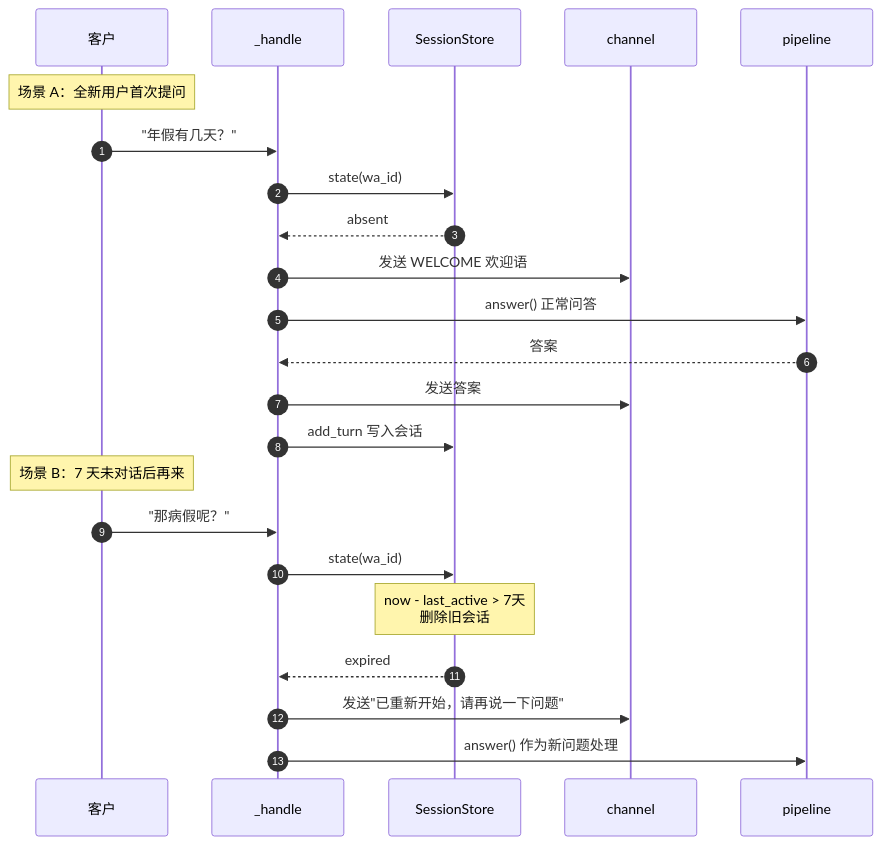
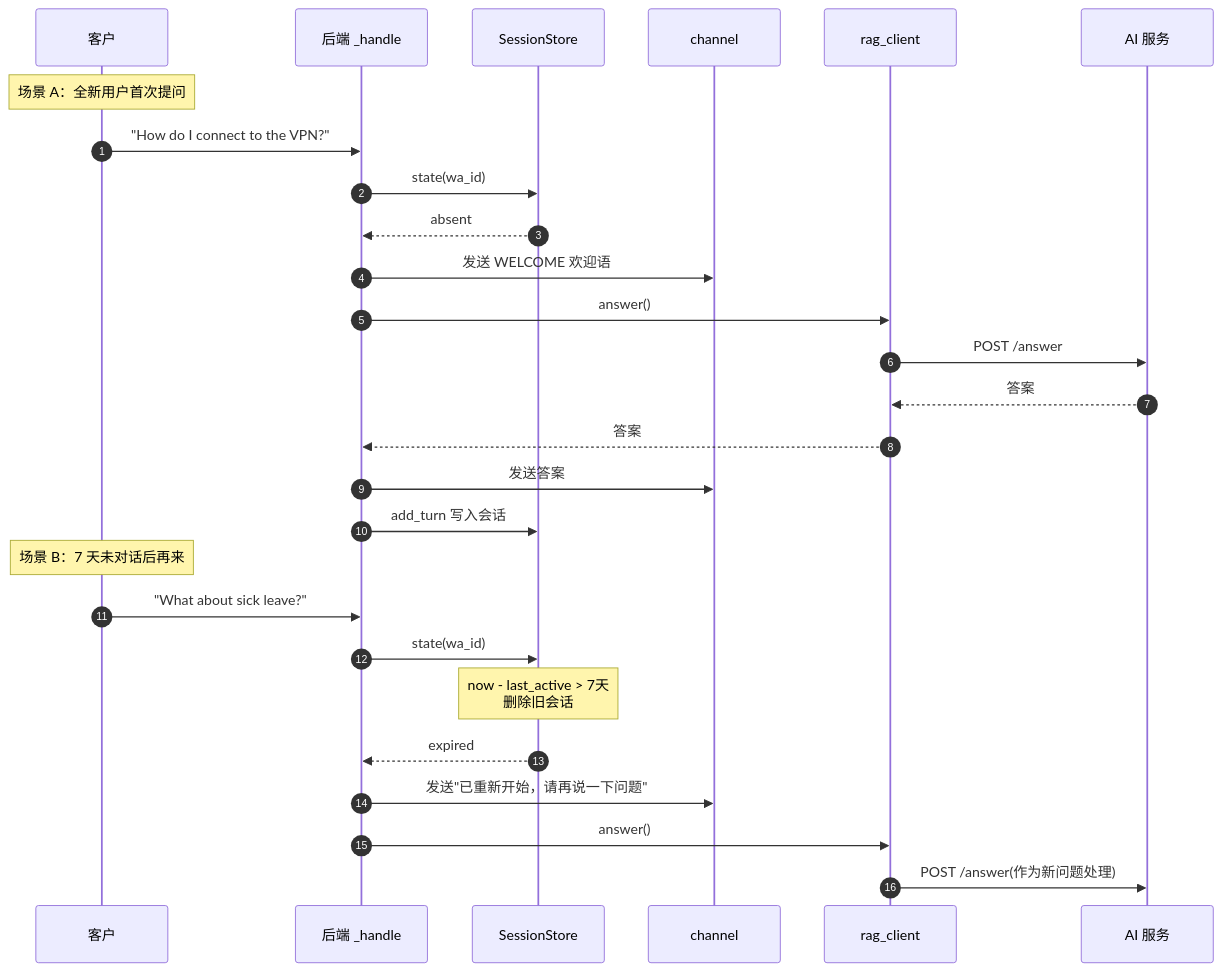
The fifth of 8 diagrams in docs/时序图.md (xiaozhao0309/whatsAppAgent), drawn with Mermaid before and after one commit. The commit also changed other lines of this file and 4 other files, not shown here.

First line of the commit message:
docs: align documentation with two-service (backend + ai_service) architecture

````diff
--- a/docs/时序图.md
+++ b/docs/时序图.md
@@ -202,27 +224,31 @@
 ```mermaid
 sequenceDiagram
     autonumber
     participant U as 客户
-    participant H as _handle
+    participant H as 后端 _handle
     participant S as SessionStore
     participant CH as channel
-    participant P as pipeline
+    participant RC as rag_client
+    participant AI as AI 服务
 
     Note over U: 场景 A：全新用户首次提问
-    U->>H: "年假有几天？"
+    U->>H: "How do I connect to the VPN?"
     H->>S: state(wa_id)
     S-->>H: absent
     H->>CH: 发送 WELCOME 欢迎语
-    H->>P: answer() 正常问答
-    P-->>H: 答案
+    H->>RC: answer()
+    RC->>AI: POST /answer
+    AI-->>RC: 答案
+    RC-->>H: 答案
     H->>CH: 发送答案
     H->>S: add_turn 写入会话
 
     Note over U: 场景 B：7 天未对话后再来
-    U->>H: "那病假呢？"
+    U->>H: "What about sick leave?"
     H->>S: state(wa_id)
     Note over S: now - last_active > 7天<br/>删除旧会话
     S-->>H: expired
     H->>CH: 发送"已重新开始，请再说一下问题"
-    H->>P: answer() 作为新问题处理
+    H->>RC: answer()
+    RC->>AI: POST /answer(作为新问题处理)
 ```
````
